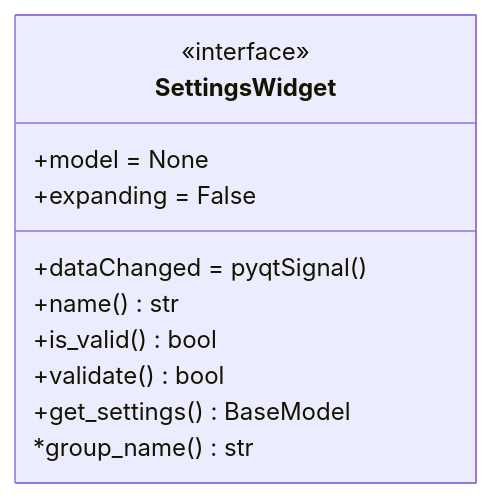
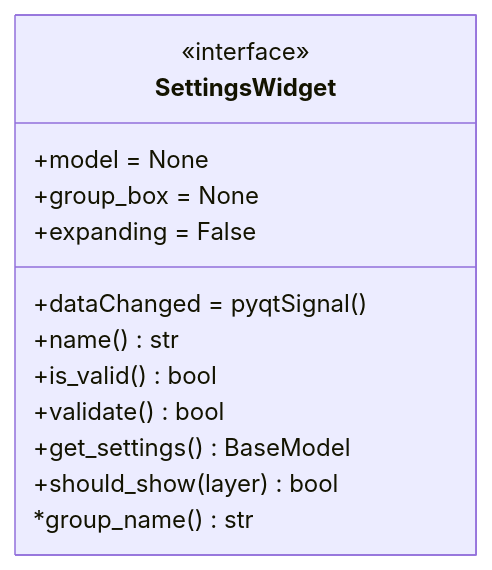
The second of 2 diagrams in threedi_schematisation_editor/vector_data_importer/wizard/DESIGN.md (nens/threedi-schematisation-editor), drawn with Mermaid before and after one commit. The commit also changed other lines of this file and 8 other files, not shown here.

````diff
--- a/threedi_schematisation_editor/vector_data_importer/wizard/DESIGN.md
+++ b/threedi_schematisation_editor/vector_data_importer/wizard/DESIGN.md
@@ -123,14 +131,16 @@
 ```mermaid
 classDiagram
 class SettingsWidget{
     <<interface>>
     +dataChanged = pyqtSignal()
     +model = None
+    +group_box = None
     +expanding = False
     +name() str
     +is_valid() bool
     +validate() bool
     +get_settings() BaseModel
+    +should_show(layer) bool
     *group_name() str
 }
 ```
````
